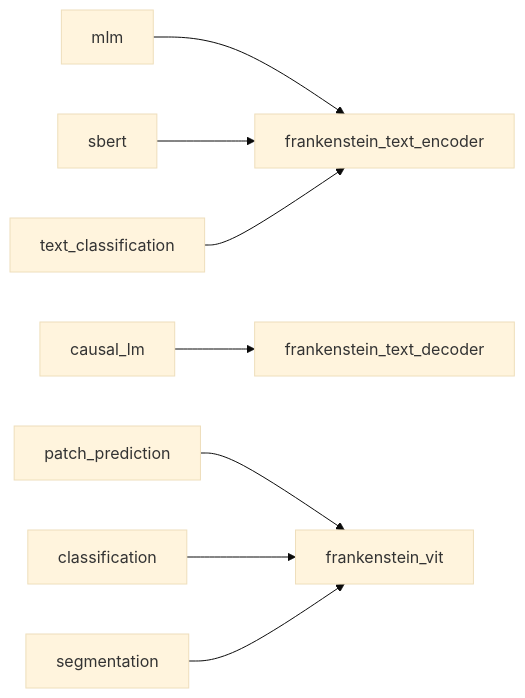
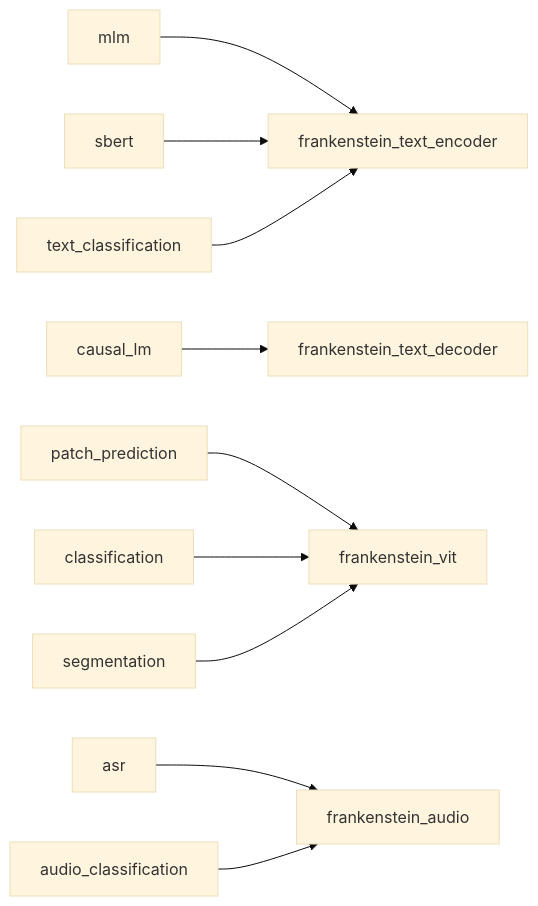
Before and after one commit to erickfmm/erickfmm.github.io: the fourth of 5 diagrams in frankenstein-transformer/paper/specs/architecture.md, drawn with Mermaid (base theme). The commit also changed other lines of this file and 47 other files, not shown here.

````diff
--- a/frankenstein-transformer/paper/specs/architecture.md
+++ b/frankenstein-transformer/paper/specs/architecture.md
@@ -212,10 +216,12 @@
 ```mermaid
 flowchart LR
     MLM["mlm"] --> ENC["frankenstein_text_encoder"]
     SBERT["sbert"] --> ENC
     CLS["text_classification"] --> ENC
     CL["causal_lm"] --> DEC["frankenstein_text_decoder"]
     PP["patch_prediction"] --> VIT["frankenstein_vit"]
     IC["classification"] --> VIT
     SEG["segmentation"] --> VIT
+    ASR["asr"] --> AUD["frankenstein_audio"]
+    ACL["audio_classification"] --> AUD
 ```
````
